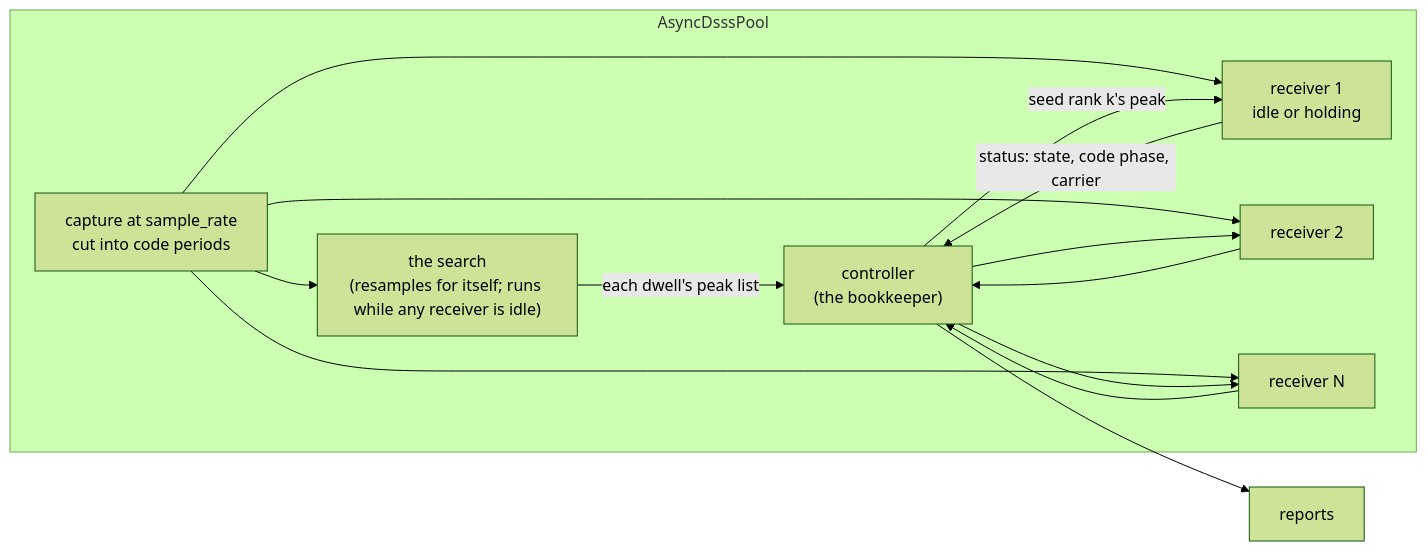
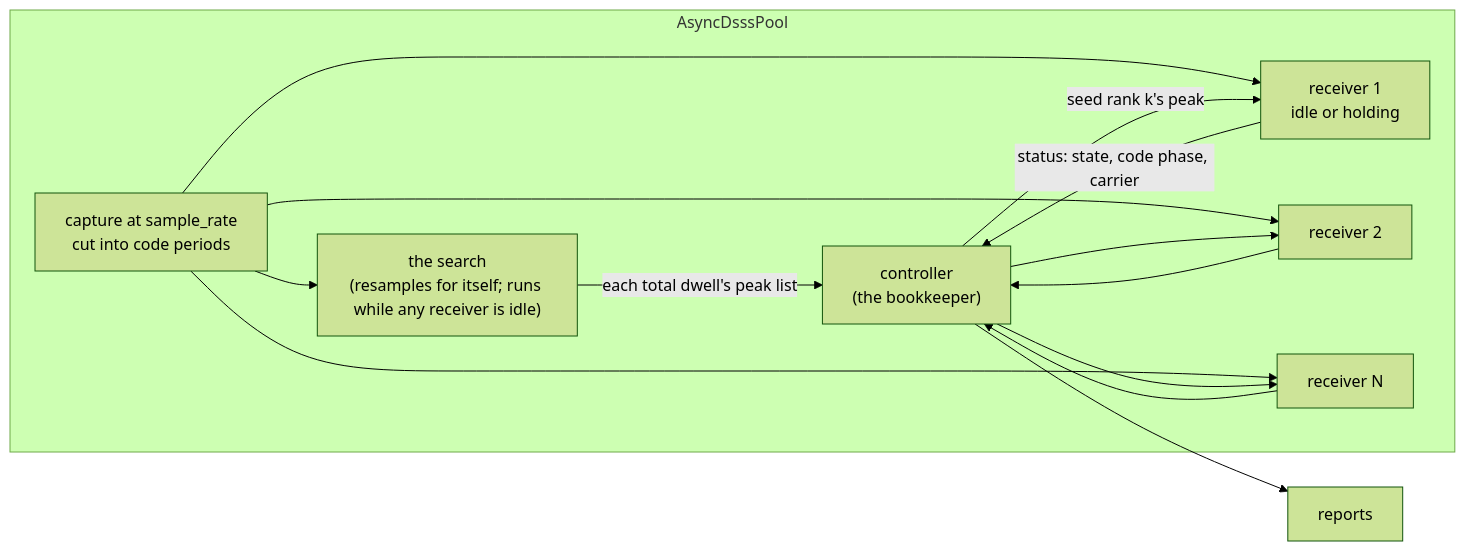
Before and after one commit to doppler-dsp/doppler: the second of 2 diagrams in docs/design/async-dsss-receiver.md, drawn with Mermaid (forest theme). The commit also changed other lines of this file and 514 other files, not shown here.

````diff
--- a/docs/design/async-dsss-receiver.md
+++ b/docs/design/async-dsss-receiver.md
@@ -1323,18 +2080,18 @@
 ```mermaid
 flowchart LR
     IN["capture at sample_rate<br/>cut into code periods"]
     subgraph POOL["AsyncDsssPool"]
         IN --> S["the search<br/>(resamples for itself; runs while any receiver is idle)"]
         IN --> R1["receiver 1<br/>idle or holding"]
         IN --> R2["receiver 2"]
         IN --> RN["receiver N"]
-        S -->|"each dwell's peak list"| C["controller<br/>(the bookkeeper)"]
+        S -->|"each total dwell's peak list"| C["controller<br/>(the bookkeeper)"]
         R1 -->|"status: state, code phase, carrier"| C
         R2 --> C
         RN --> C
         C -->|"seed rank k's peak"| R1
         C --> R2
         C --> RN
     end
     C --> OUT["reports"]
 ```
````
